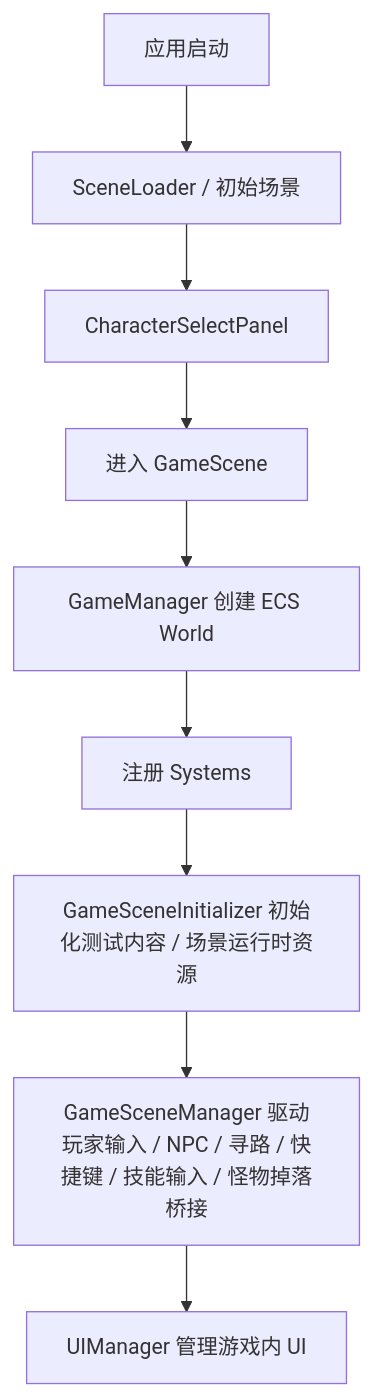
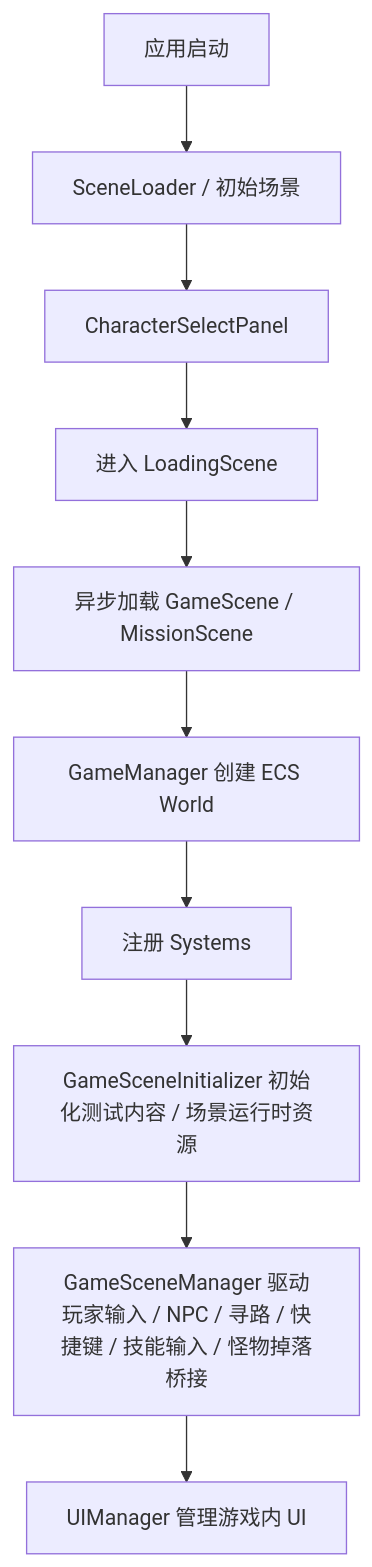
The diagram in POELike_接手Skill/Skill_02_ECS与运行时主链.md (Aubyn11/POELike), drawn with Mermaid before and after one commit. The commit also changed other lines of this file and 52 other files, not shown here.

Commit message:
feat: 新增通货类型与堆叠管理，优化视图刷新及自动放置

````diff
--- a/POELike_接手Skill/Skill_02_ECS与运行时主链.md
+++ b/POELike_接手Skill/Skill_02_ECS与运行时主链.md
@@ -9,11 +9,12 @@
 ```mermaid
 flowchart TD
     A[应用启动] --> B[SceneLoader / 初始场景]
     B --> C[CharacterSelectPanel]
-    C --> D[进入 GameScene]
-    D --> E[GameManager 创建 ECS World]
-    E --> F[注册 Systems]
-    F --> G[GameSceneInitializer 初始化测试内容 / 场景运行时资源]
-    G --> H[GameSceneManager 驱动玩家输入 / NPC / 寻路 / 快捷键 / 技能输入 / 怪物掉落桥接]
-    H --> I[UIManager 管理游戏内 UI]
+    C --> D[进入 LoadingScene]
+    D --> E[异步加载 GameScene / MissionScene]
+    E --> F[GameManager 创建 ECS World]
+    F --> G[注册 Systems]
+    G --> H[GameSceneInitializer 初始化测试内容 / 场景运行时资源]
+    H --> I[GameSceneManager 驱动玩家输入 / NPC / 寻路 / 快捷键 / 技能输入 / 怪物掉落桥接]
+    I --> J[UIManager 管理游戏内 UI]
 ```
````
